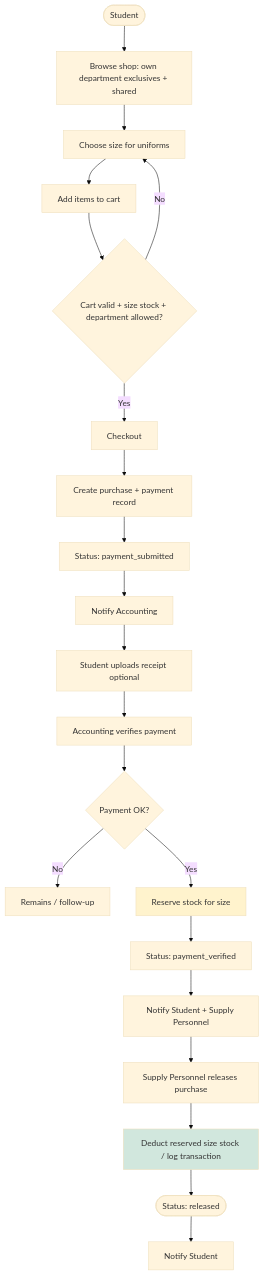
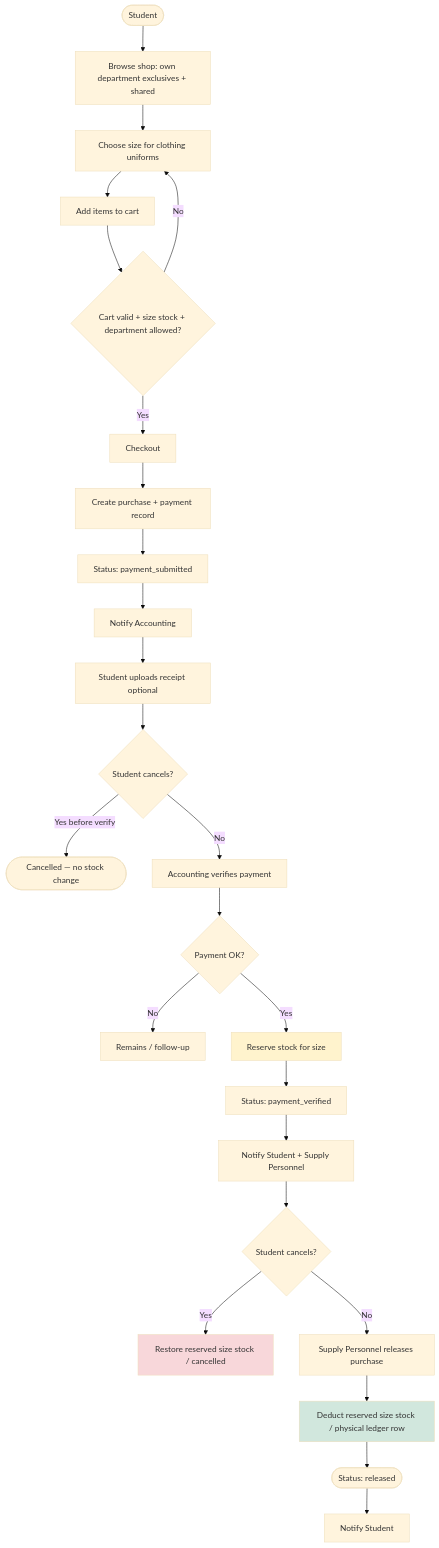
The third of 9 diagrams in docs/FLOWCHART.md (rhems95/PECIT-Smart-Inventory-System), drawn with Mermaid (base theme) before and after one commit. The commit also changed other lines of this file and 2 other files, not shown here.

First line of the commit message:
Update ER diagram and flowcharts for stock card and suppliers.

````diff
--- a/docs/FLOWCHART.md
+++ b/docs/FLOWCHART.md
@@ -90,26 +101,31 @@
 ```mermaid
 flowchart TD
     A([Student]) --> B[Browse shop: own department exclusives + shared]
-    B --> C[Choose size for uniforms]
+    B --> C[Choose size for clothing uniforms]
     C --> D[Add items to cart]
     D --> E{Cart valid + size stock + department allowed?}
     E -->|No| C
     E -->|Yes| F[Checkout]
     F --> G[Create purchase + payment record]
     G --> H[Status: payment_submitted]
     H --> I[Notify Accounting]
     I --> J[Student uploads receipt optional]
-    J --> K[Accounting verifies payment]
-    K --> L{Payment OK?}
-    L -->|No| M[Remains / follow-up]
-    L -->|Yes| N[Reserve stock for size]
-    N --> O[Status: payment_verified]
-    O --> P[Notify Student + Supply Personnel]
-    P --> Q[Supply Personnel releases purchase]
-    Q --> R[Deduct reserved size stock / log transaction]
-    R --> S([Status: released])
-    S --> T[Notify Student]
+    J --> K{Student cancels?}
+    K -->|Yes before verify| Z([Cancelled — no stock change])
+    K -->|No| L[Accounting verifies payment]
+    L --> M{Payment OK?}
+    M -->|No| N[Remains / follow-up]
+    M -->|Yes| O[Reserve stock for size]
+    O --> P[Status: payment_verified]
+    P --> Q[Notify Student + Supply Personnel]
+    Q --> R{Student cancels?}
+    R -->|Yes| S[Restore reserved size stock / cancelled]
+    R -->|No| T[Supply Personnel releases purchase]
+    T --> U[Deduct reserved size stock / physical ledger row]
+    U --> V([Status: released])
+    V --> W[Notify Student]
 
-    style N fill:#fff3cd
-    style R fill:#d1e7dd
+    style O fill:#fff3cd
+    style S fill:#f8d7da
+    style U fill:#d1e7dd
 ```
````
